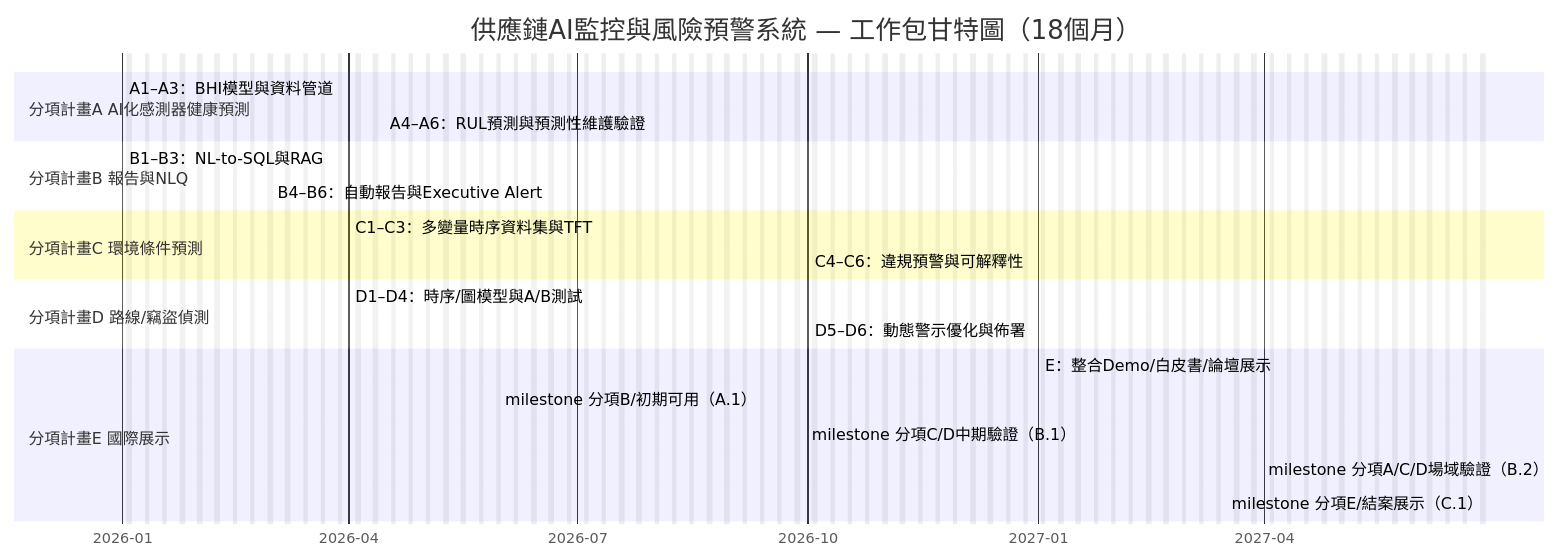
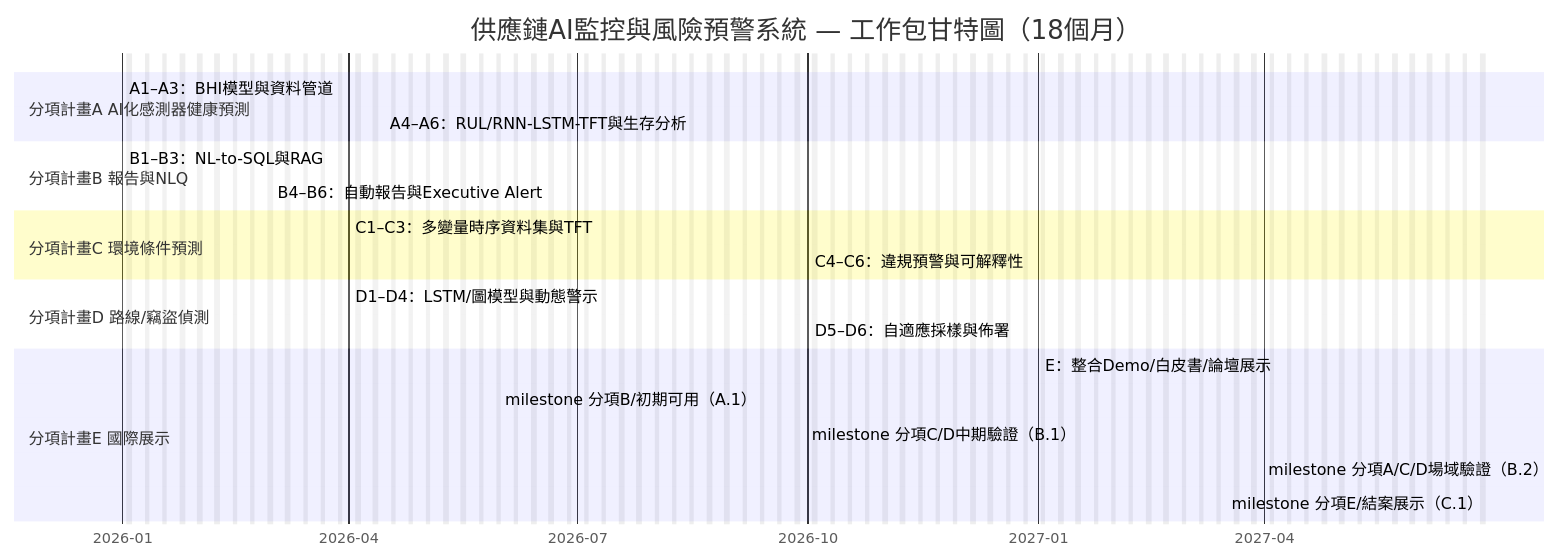
The first of 2 diagrams in proposal/AI應用躍昇計畫-計畫書-提交版.md (jshuo/ai-moea-proposal), drawn with Mermaid before and after one commit. The commit also changed other lines of this file, not shown here.

````diff
--- a/proposal/AI應用躍昇計畫-計畫書-提交版.md
+++ b/proposal/AI應用躍昇計畫-計畫書-提交版.md
@@ -427,31 +437,31 @@
 ```mermaid
 gantt
     title 供應鏈AI監控與風險預警系統 — 工作包甘特圖（18個月）
     dateFormat  YYYY-MM-DD
     axisFormat  %Y-%m
     excludes    weekends
 
    section 分項計畫A AI化感測器健康預測
    A1–A3：BHI模型與資料管道          :a1, 2026-01-01, 4m
-   A4–A6：RUL預測與預測性維護驗證    :a2, 2026-04-15, 6m
+   A4–A6：RUL/RNN-LSTM-TFT與生存分析    :a2, 2026-04-15, 6m
 
    section 分項計畫B 報告與NLQ
    B1–B3：NL-to-SQL與RAG            :b1, 2026-01-01, 3.5m
    B4–B6：自動報告與Executive Alert  :b2, 2026-03-01, 2.5m
 
    section 分項計畫C 環境條件預測
    C1–C3：多變量時序資料集與TFT     :c1, 2026-04-01, 8m
    C4–C6：違規預警與可解釋性         :c2, 2026-10-01, 4m
 
    section 分項計畫D 路線/竊盜偵測
-   D1–D4：時序/圖模型與A/B測試      :d1, 2026-04-01, 9m
-   D5–D6：動態警示優化與佈署          :d2, 2026-10-01, 5m
+   D1–D4：LSTM/圖模型與動態警示      :d1, 2026-04-01, 9m
+   D5–D6：自適應採樣與佈署          :d2, 2026-10-01, 5m
 
    section 分項計畫E 國際展示
    E：整合Demo/白皮書/論壇展示       :e, 2027-01-01, 6m
 
    milestone 分項B/初期可用（A.1）   :m1, 2026-05-31, 0d
    milestone 分項C/D中期驗證（B.1）  :m2, 2026-09-30, 0d
    milestone 分項A/C/D場域驗證（B.2）:m3, 2027-03-31, 0d
    milestone 分項E/結案展示（C.1）   :m4, 2027-06-30, 0d
 ```
````
